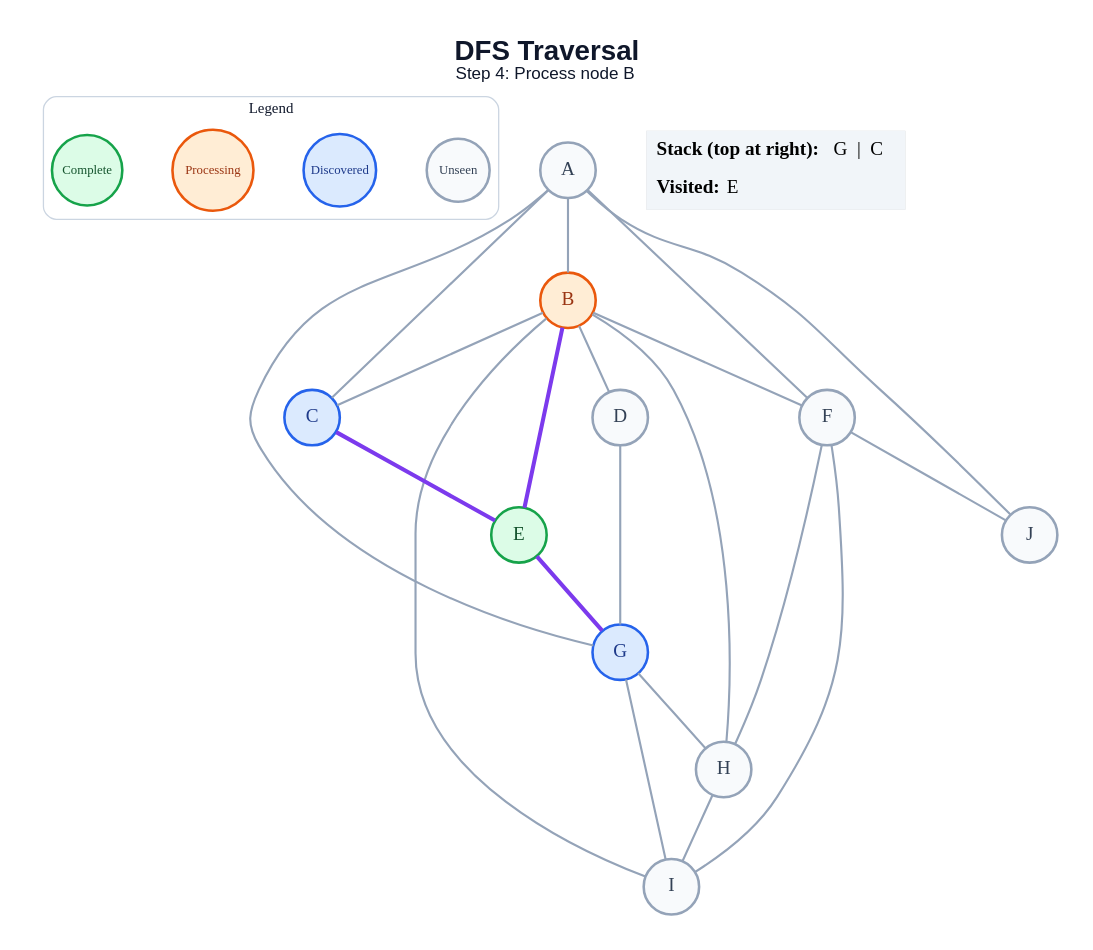
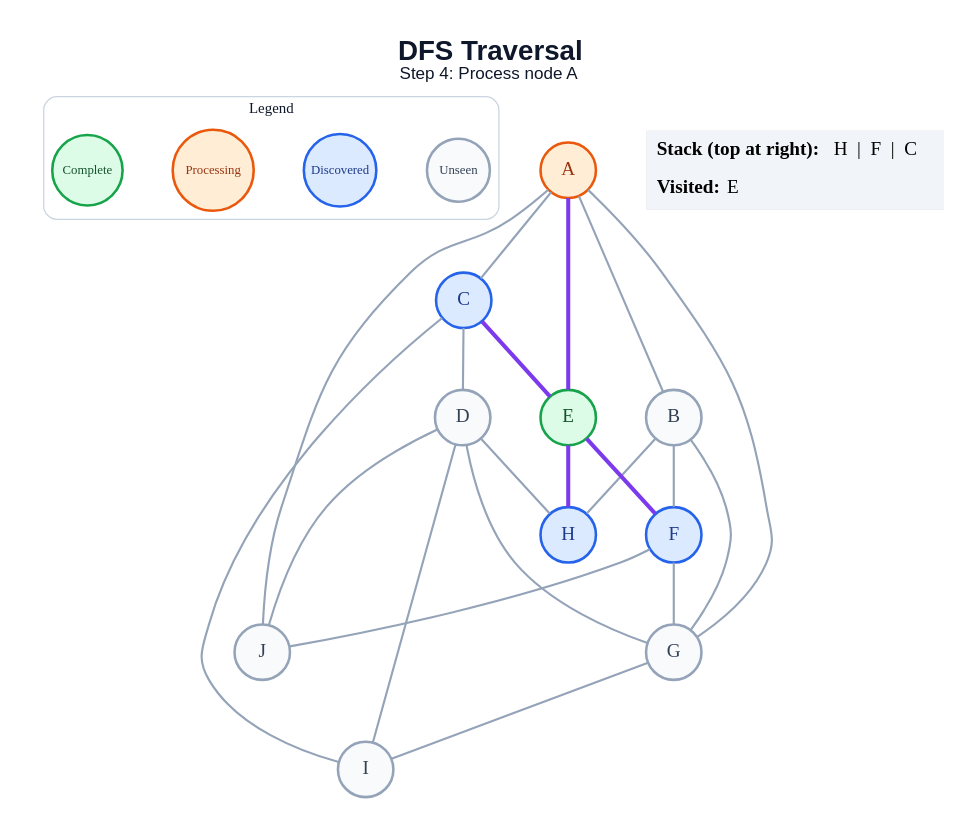
The diagram in generated/specific-node/dfs/step_04.dot (anon7238593-create/ai-slop), drawn with Graphviz before and after one commit. The commit also changed 171 other files, not shown here.

```diff
--- a/generated/specific-node/dfs/step_04.dot
+++ b/generated/specific-node/dfs/step_04.dot
@@ -1,49 +1,49 @@
 graph traversal {
   graph [layout=dot, rankdir=TB, bgcolor="#FFFFFF", pad="0.35", nodesep="0.65", ranksep="0.8", fontname="Arial"];
   node [shape=circle, style="filled", fontname="Arial Bold", fontsize=18, width=0.72, fixedsize=true, penwidth=2.4];
   edge [color="#94A3B8", penwidth=2.0];
-  label=<<B>DFS Traversal</B><BR/><FONT POINT-SIZE="16">Step 4: Process node B</FONT>>; labelloc="t"; fontsize=26; fontname="Arial"; fontcolor="#0F172A";
+  label=<<B>DFS Traversal</B><BR/><FONT POINT-SIZE="16">Step 4: Process node A</FONT>>; labelloc="t"; fontsize=26; fontname="Arial"; fontcolor="#0F172A";
   subgraph cluster_legend { label="Legend"; color="#CBD5E1"; penwidth=1.2; style="rounded"; fontsize=14; fontname="Arial Bold";
     key_unseen [label="Unseen", fillcolor="#F8FAFC", color="#94A3B8", fontcolor="#334155", fontsize=12, width=0.82];
     key_frontier [label="Discovered", fillcolor="#DBEAFE", color="#2563EB", fontcolor="#1E3A8A", fontsize=12, width=0.95];
     key_current [label="Processing", fillcolor="#FFEDD5", color="#EA580C", fontcolor="#9A3412", fontsize=12, width=1.05];
     key_done [label="Complete", fillcolor="#DCFCE7", color="#16A34A", fontcolor="#14532D", fontsize=12, width=0.92];
     { rank=same; key_unseen; key_frontier; key_current; key_done; }
   }
-  A [fillcolor="#F8FAFC", color="#94A3B8", fontcolor="#334155"];
-  B [fillcolor="#FFEDD5", color="#EA580C", fontcolor="#9A3412"];
+  A [fillcolor="#FFEDD5", color="#EA580C", fontcolor="#9A3412"];
+  B [fillcolor="#F8FAFC", color="#94A3B8", fontcolor="#334155"];
   C [fillcolor="#DBEAFE", color="#2563EB", fontcolor="#1E3A8A"];
   D [fillcolor="#F8FAFC", color="#94A3B8", fontcolor="#334155"];
   E [fillcolor="#DCFCE7", color="#16A34A", fontcolor="#14532D"];
-  F [fillcolor="#F8FAFC", color="#94A3B8", fontcolor="#334155"];
-  G [fillcolor="#DBEAFE", color="#2563EB", fontcolor="#1E3A8A"];
-  H [fillcolor="#F8FAFC", color="#94A3B8", fontcolor="#334155"];
+  F [fillcolor="#DBEAFE", color="#2563EB", fontcolor="#1E3A8A"];
+  G [fillcolor="#F8FAFC", color="#94A3B8", fontcolor="#334155"];
+  H [fillcolor="#DBEAFE", color="#2563EB", fontcolor="#1E3A8A"];
   I [fillcolor="#F8FAFC", color="#94A3B8", fontcolor="#334155"];
   J [fillcolor="#F8FAFC", color="#94A3B8", fontcolor="#334155"];
   A -- B;
   A -- C;
-  A -- F;
+  A -- E [color="#7C3AED", penwidth=3.8];
   A -- G;
   A -- J;
-  B -- C;
-  B -- D;
-  B -- E [color="#7C3AED", penwidth=3.8];
   B -- F;
+  B -- G;
   B -- H;
-  B -- I;
+  C -- D;
   C -- E [color="#7C3AED", penwidth=3.8];
+  C -- I;
   D -- G;
-  E -- G [color="#7C3AED", penwidth=3.8];
-  F -- H;
-  F -- I;
+  D -- H;
+  D -- I;
+  D -- J;
+  E -- F [color="#7C3AED", penwidth=3.8];
+  E -- H [color="#7C3AED", penwidth=3.8];
+  F -- G;
   F -- J;
-  G -- H;
   G -- I;
-  H -- I;
   status [shape=plain, fixedsize=false, width=0, height=0, margin=0, label=<
     <TABLE BORDER="0" CELLBORDER="0" CELLPADDING="7" BGCOLOR="#F1F5F9">
-      <TR><TD ALIGN="LEFT"><B>Stack (top at right):</B> G  |  C</TD></TR>
+      <TR><TD ALIGN="LEFT"><B>Stack (top at right):</B> H  |  F  |  C</TD></TR>
       <TR><TD ALIGN="LEFT"><B>Visited:</B> E</TD></TR>
     </TABLE>
   >];
 }
```
